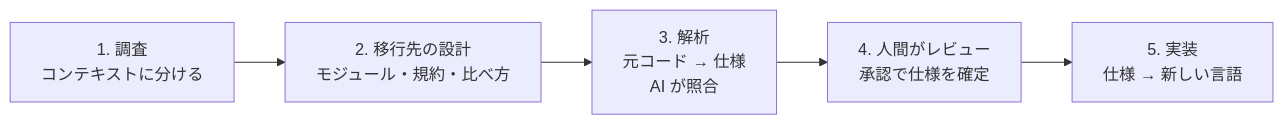
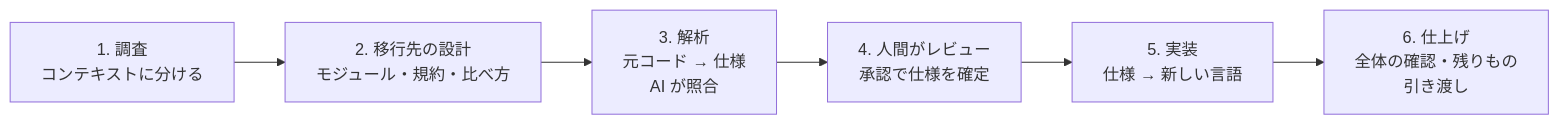
The diagram in README.md (umauma00/spec-relay), drawn with Mermaid before and after one commit. The commit also changed other lines of this file and 23 other files, not shown here.

````diff
--- a/README.md
+++ b/README.md
@@ -9,4 +9,4 @@
 ```mermaid
 flowchart LR
-  S[1. 調査<br/>コンテキストに分ける] --> D[2. 移行先の設計<br/>モジュール・規約・比べ方] --> A[3. 解析<br/>元コード → 仕様<br/>AI が照合] --> B[4. 人間がレビュー<br/>承認で仕様を確定] --> C[5. 実装<br/>仕様 → 新しい言語]
+  S[1. 調査<br/>コンテキストに分ける] --> D[2. 移行先の設計<br/>モジュール・規約・比べ方] --> A[3. 解析<br/>元コード → 仕様<br/>AI が照合] --> B[4. 人間がレビュー<br/>承認で仕様を確定] --> C[5. 実装<br/>仕様 → 新しい言語] --> F[6. 仕上げ<br/>全体の確認・残りもの<br/>引き渡し]
 ```
````
